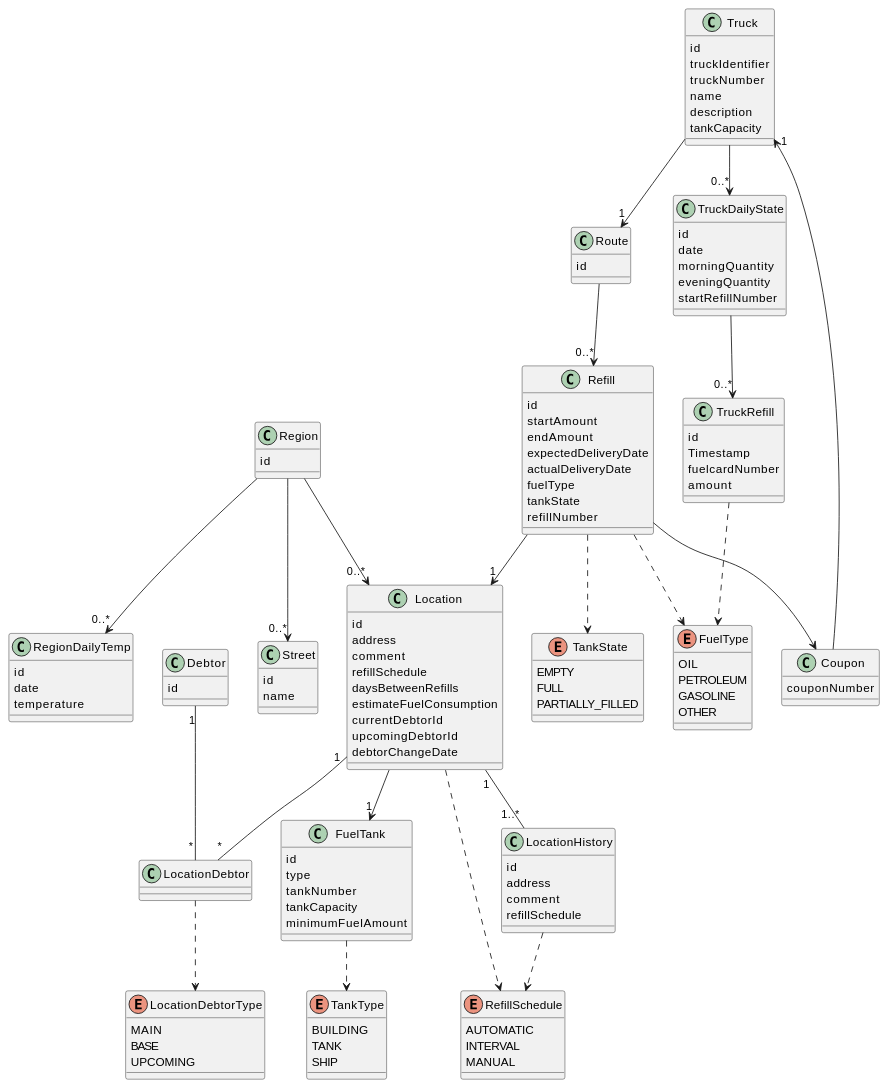
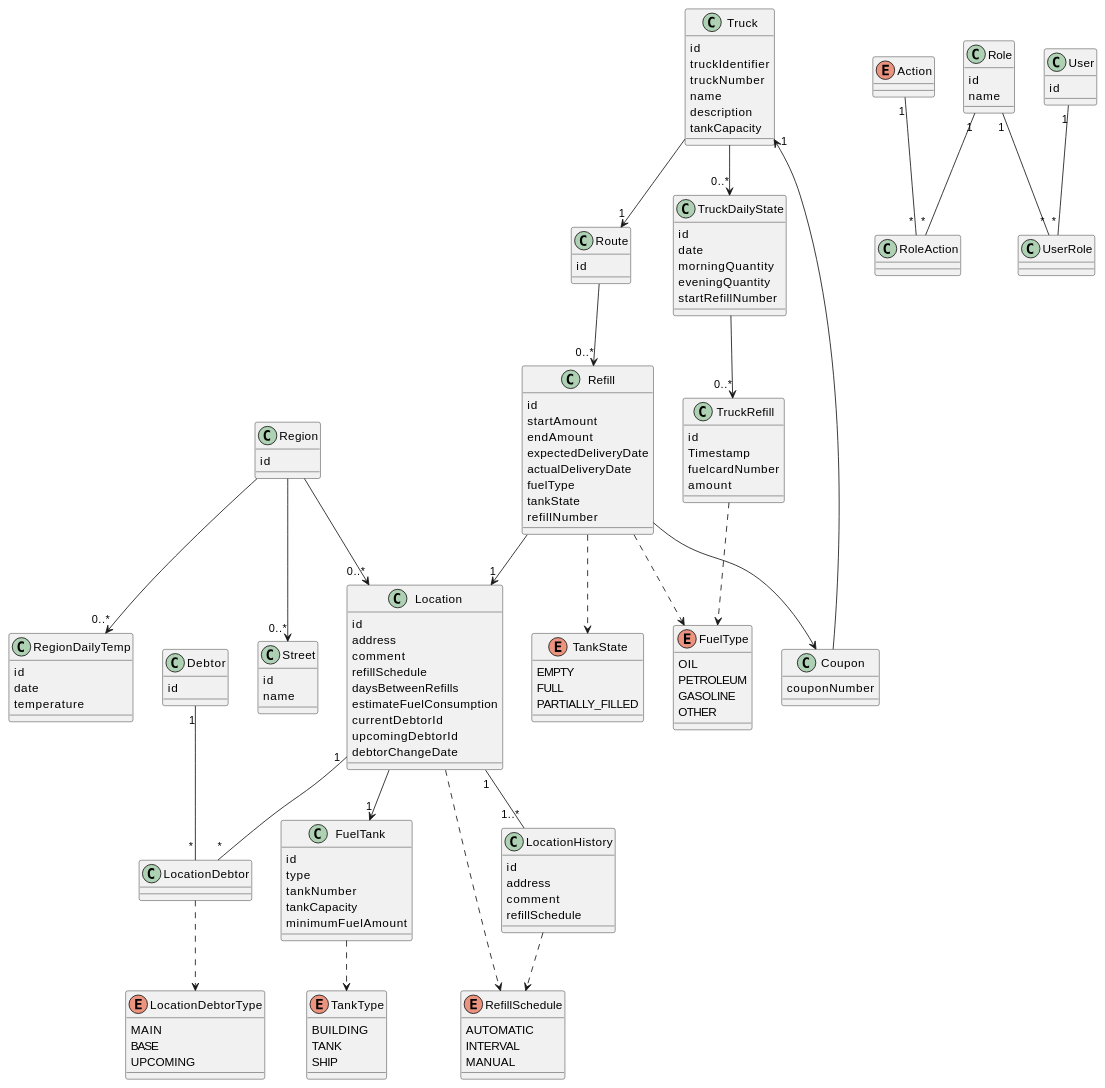
One commit to IT-Minds/client_comby_oilcontrols changed the diagram in docs/entity-datamodel.md. Above: the diagram before and after it, drawn with PlantUML. The commit also changed other lines of this file and 8 other files, not shown here.

````diff
--- a/docs/entity-datamodel.md
+++ b/docs/entity-datamodel.md
@@ -128,6 +130,27 @@
   UPCOMING
 }
 
+enum Action {
+
+}
+
+class RoleAction {
+
+}
+
+class Role {
+  id
+  name
+}
+
+class UserRole {
+
+}
+
+class User {
+  id
+}
+
 Truck --> "1" Route
 Route --> "0..*" Refill
 Refill --> "1" Location
@@ -149,6 +172,11 @@
 LocationHistory ..> RefillSchedule
 Location "1" -- "1..*" LocationHistory
 LocationDebtor ..> LocationDebtorType
+
+Action "1" -- "*" RoleAction
+Role "1" -- "*" RoleAction
+Role "1" -- "*" UserRole
+User "1" -- "*" UserRole
 @enduml
 
 ```
````
